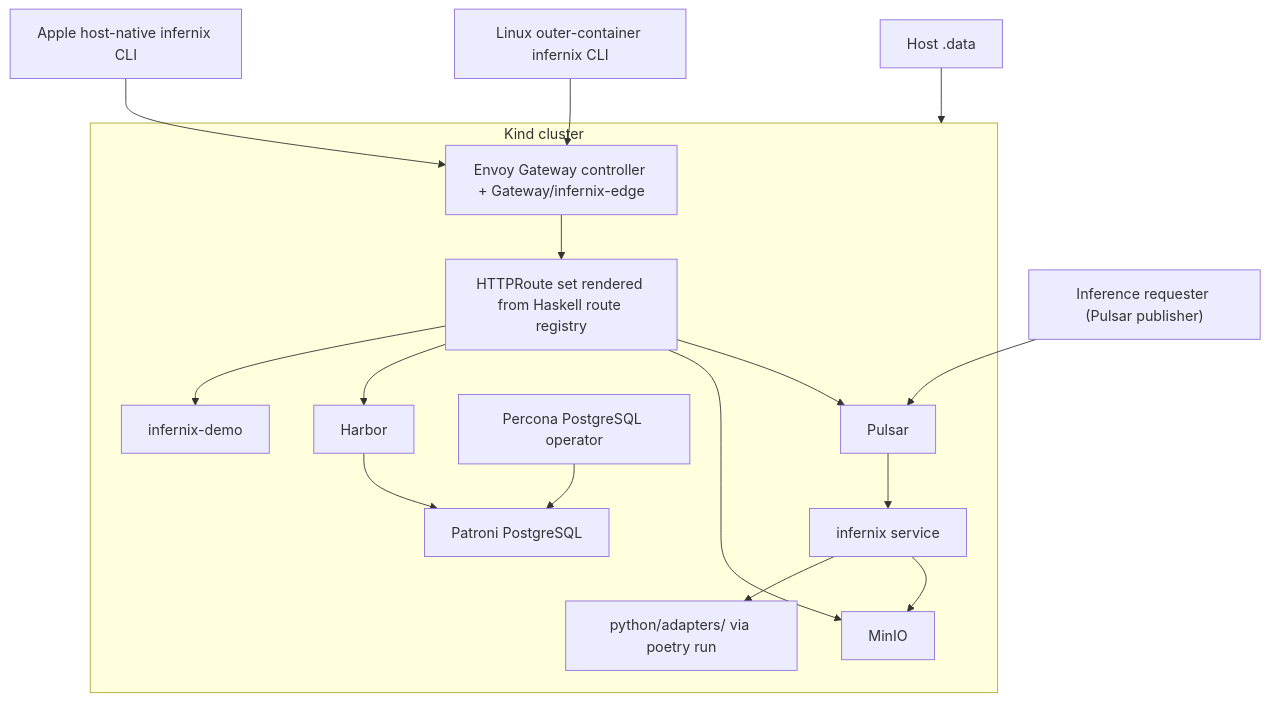
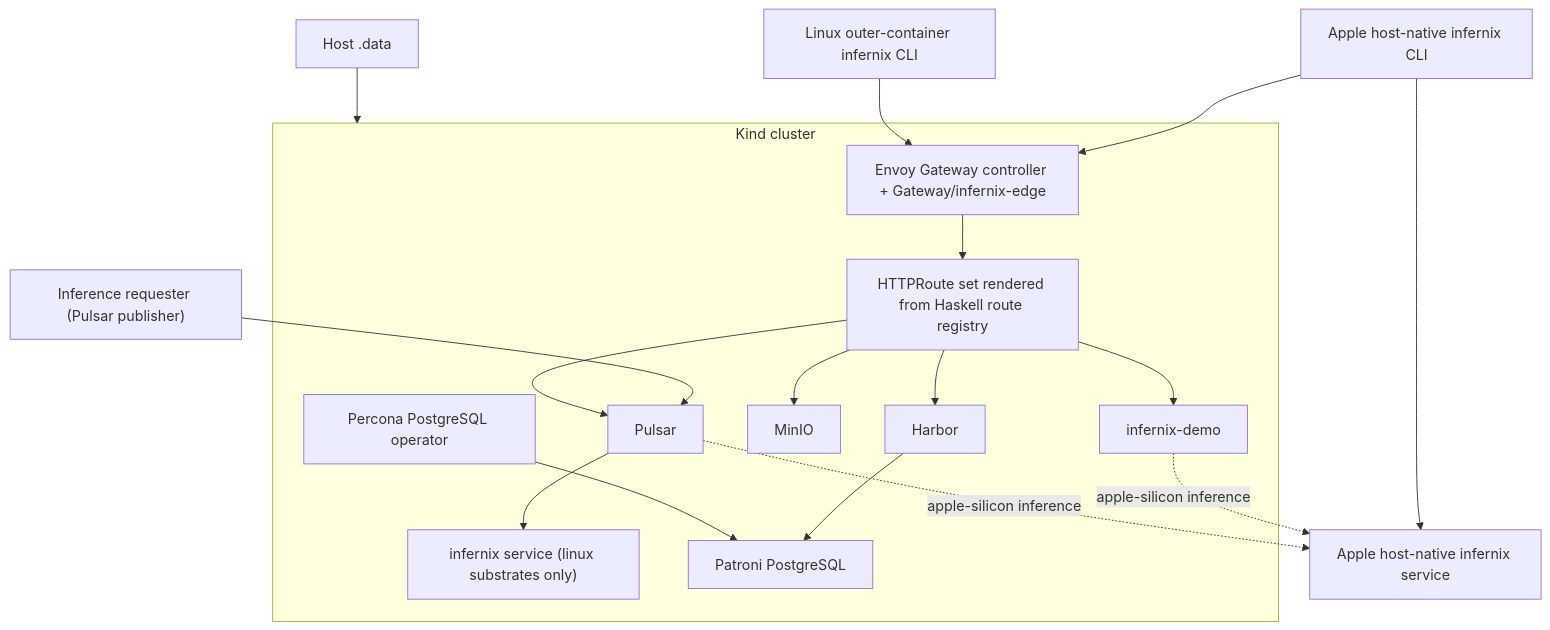
Before and after one commit to Tuee22/infernix: the diagram in DEVELOPMENT_PLAN/00-overview.md, drawn with Mermaid. The commit also changed other lines of this file and 13 other files, not shown here.

````diff
--- a/DEVELOPMENT_PLAN/00-overview.md
+++ b/DEVELOPMENT_PLAN/00-overview.md
@@ -88,35 +73,36 @@
 ```mermaid
 flowchart TB
-    apple["Apple host-native infernix CLI"]
-    linux["Linux outer-container infernix CLI"]
+    appleCli["Apple host-native infernix CLI"]
+    appleDaemon["Apple host-native infernix service"]
+    linuxCli["Linux outer-container infernix CLI"]
     data["Host .data"]
     requester["Inference requester (Pulsar publisher)"]
 
     subgraph kind["Kind cluster"]
         gateway["Envoy Gateway controller + Gateway/infernix-edge"]
         routes["HTTPRoute set rendered from Haskell route registry"]
         demo["infernix-demo"]
-        service["infernix service"]
-        adapters["python/adapters/ via poetry run"]
+        linuxService["infernix service (linux substrates only)"]
         harbor["Harbor"]
         minio["MinIO"]
         pgop["Percona PostgreSQL operator"]
         postgres["Patroni PostgreSQL"]
         pulsar["Pulsar"]
     end
 
-    apple --> gateway
-    linux --> gateway
+    appleCli --> gateway
+    appleCli --> appleDaemon
+    linuxCli --> gateway
     requester --> pulsar
     gateway --> routes
     routes --> demo
     routes --> harbor
     routes --> minio
     routes --> pulsar
-    pulsar --> service
-    service --> adapters
-    service --> minio
+    demo -. apple-silicon inference .-> appleDaemon
+    pulsar --> linuxService
+    pulsar -. apple-silicon inference .-> appleDaemon
     harbor --> postgres
     pgop --> postgres
     data --> kind
 ```
````
